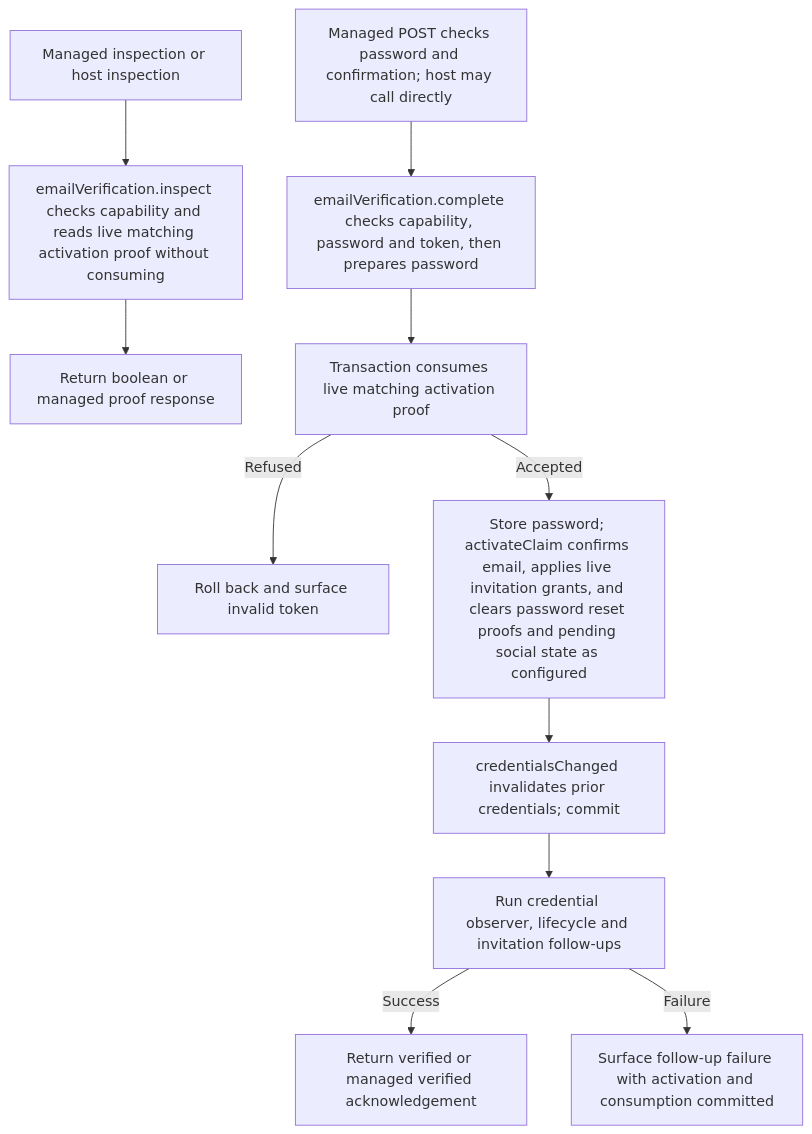
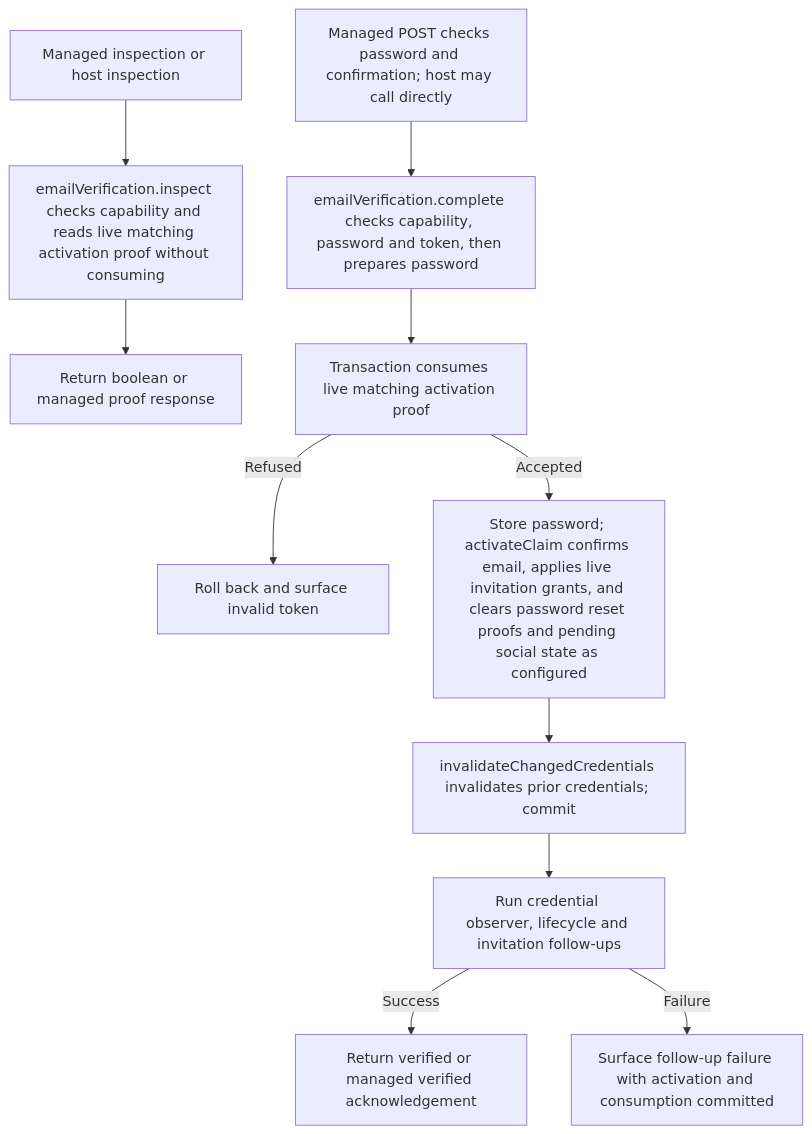
The second of 2 diagrams in user-stories/US-ACCOUNT-38-complete-email-verification.md (Kevinjohn/oss-adonisjs-account-kit), drawn with Mermaid before and after one commit. The commit also changed 29 other files, not shown here.

````diff
--- a/user-stories/US-ACCOUNT-38-complete-email-verification.md
+++ b/user-stories/US-ACCOUNT-38-complete-email-verification.md
@@ -36,13 +36,13 @@
 ```mermaid
 flowchart TD
   M["Managed inspection or host inspection"] --> A["emailVerification.inspect checks capability and reads live matching activation proof without consuming"]
   A --> Q["Return boolean or managed proof response"]
   N["Managed POST checks password and confirmation; host may call directly"] --> E["emailVerification.complete checks capability, password and token, then prepares password"]
   E --> F["Transaction consumes live matching activation proof"]
   F -->|Refused| R["Roll back and surface invalid token"]
   F -->|Accepted| G["Store password; activateClaim confirms email, applies live invitation grants, and clears password reset proofs and pending social state as configured"]
-  G --> H["credentialsChanged invalidates prior credentials; commit"]
+  G --> H["invalidateChangedCredentials invalidates prior credentials; commit"]
   H --> I["Run credential observer, lifecycle and invitation follow-ups"]
   I -->|Success| K["Return verified or managed verified acknowledgement"]
   I -->|Failure| L["Surface follow-up failure with activation and consumption committed"]
 ```
````
